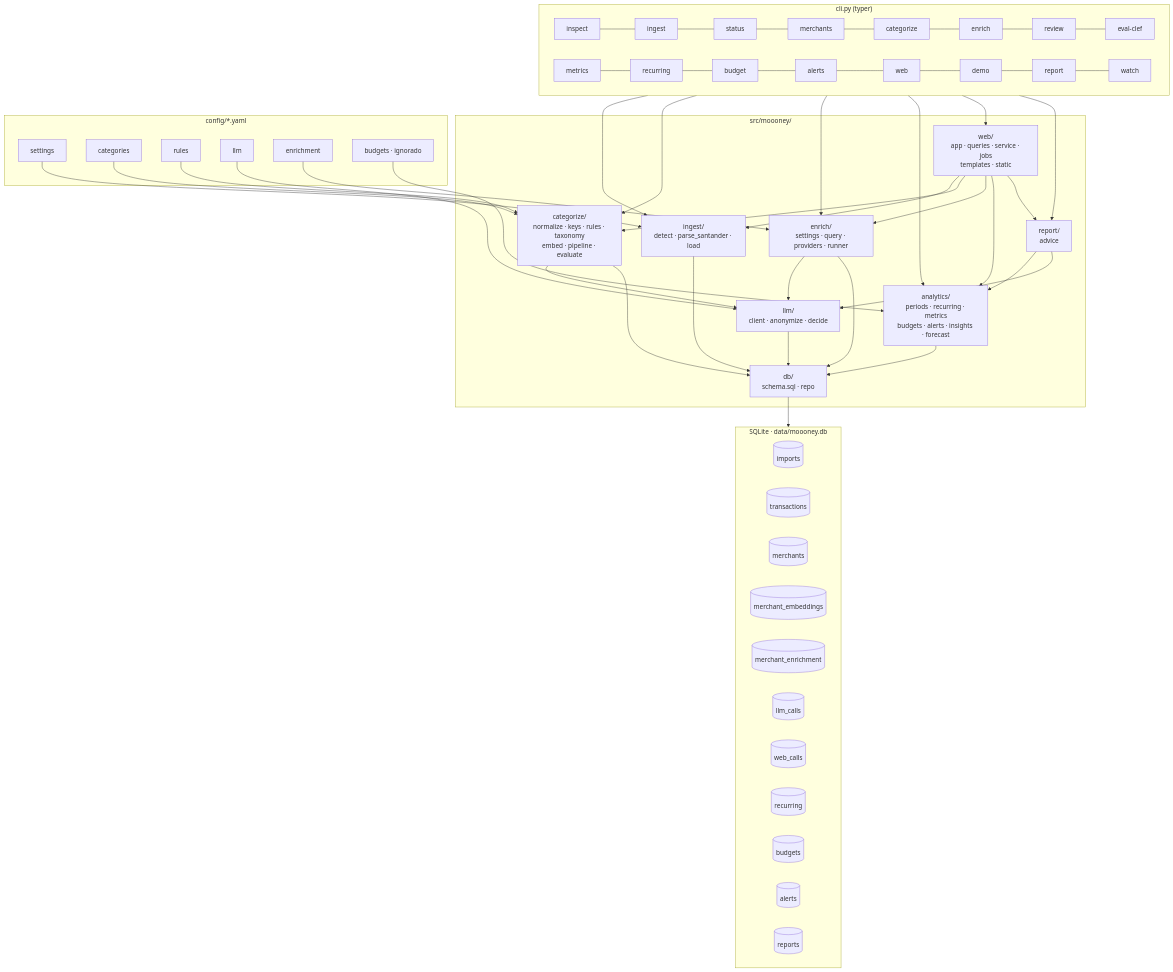
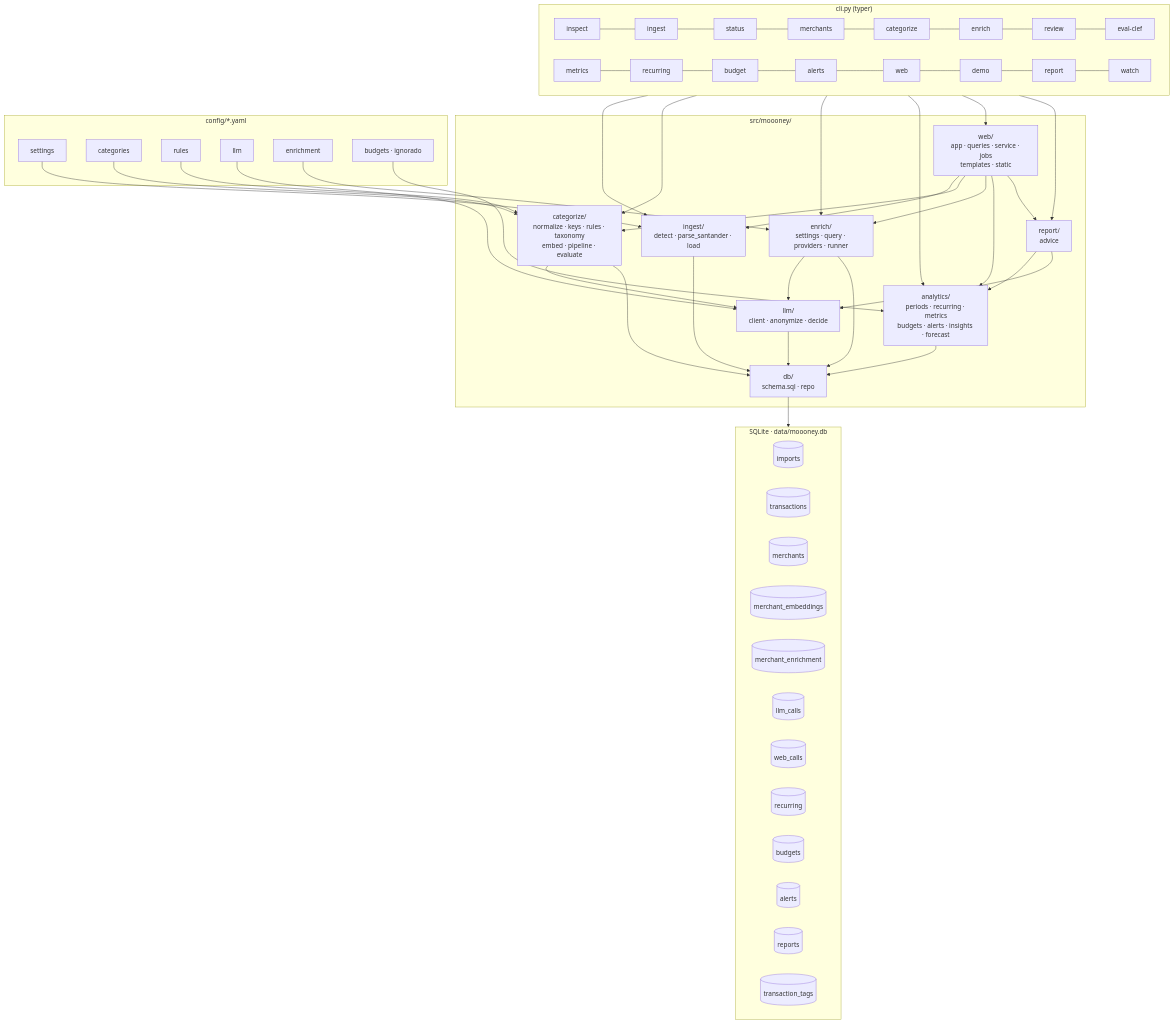
The fourth of 4 diagrams in docs/ARQUITECTURA.md (scavero/moooney), drawn with Mermaid before and after one commit. The commit also changed 17 other files, not shown here.

````diff
--- a/docs/ARQUITECTURA.md
+++ b/docs/ARQUITECTURA.md
@@ -160,55 +160,56 @@
 ```mermaid
 flowchart TB
     subgraph cli["cli.py (typer)"]
         C1[inspect] --- C2[ingest] --- C3[status] --- C4[merchants] --- C5[categorize] --- C6[enrich] --- C7[review] --- C8[eval-clef]
         C9[metrics] --- C10[recurring] --- C11[budget] --- C12[alerts] --- C13[web] --- C14[demo] --- C15[report] --- C16[watch]
     end
 
     subgraph src["src/moooney/"]
         ING["ingest/<br/>detect · parse_santander · load"]
         CAT["categorize/<br/>normalize · keys · rules · taxonomy<br/>embed · pipeline · evaluate"]
         ENRM["enrich/<br/>settings · query · providers · runner"]
         ANA["analytics/<br/>periods · recurring · metrics<br/>budgets · alerts · insights · forecast"]
         REP["report/<br/>advice"]
         WEB["web/<br/>app · queries · service · jobs<br/>templates · static"]
         LLM["llm/<br/>client · anonymize · decide"]
         DBM["db/<br/>schema.sql · repo"]
     end
 
     subgraph tablas["SQLite · data/moooney.db"]
         T1[(imports)]
         T2[(transactions)]
         T3[(merchants)]
         T4[(merchant_embeddings)]
         T5[(merchant_enrichment)]
         T6[(llm_calls)]
         T7[(web_calls)]
         T8[(recurring)]
         T9[(budgets)]
         T10[(alerts)]
         T11[(reports)]
+        T12[(transaction_tags)]
     end
 
     subgraph cfg["config/*.yaml"]
         Y1[settings]
         Y2[categories]
         Y3[rules]
         Y4[llm]
         Y5[enrichment]
         Y6[budgets · ignorado]
     end
 
     cli --> ING & CAT & ENRM & ANA & WEB & REP
     WEB --> ING & CAT & ENRM & ANA & REP
     REP --> ANA & LLM
     CAT --> LLM
     ENRM --> LLM
     ING & CAT & ENRM & ANA & LLM --> DBM --> tablas
     Y1 --> ING
     Y2 & Y3 --> CAT
     Y4 --> LLM
     Y5 --> ENRM
     Y6 --> ANA
 
     classDef todo fill:#eee,stroke:#999,color:#666,stroke-dasharray: 4 3
 ```
````
